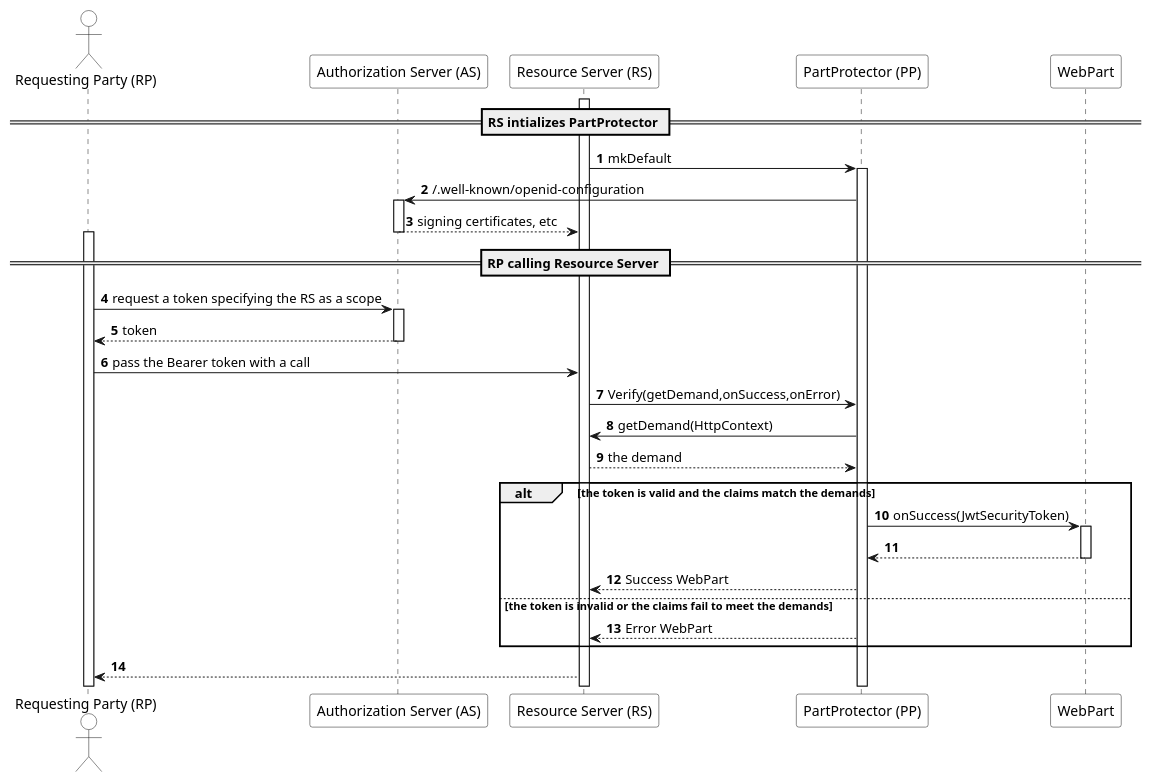
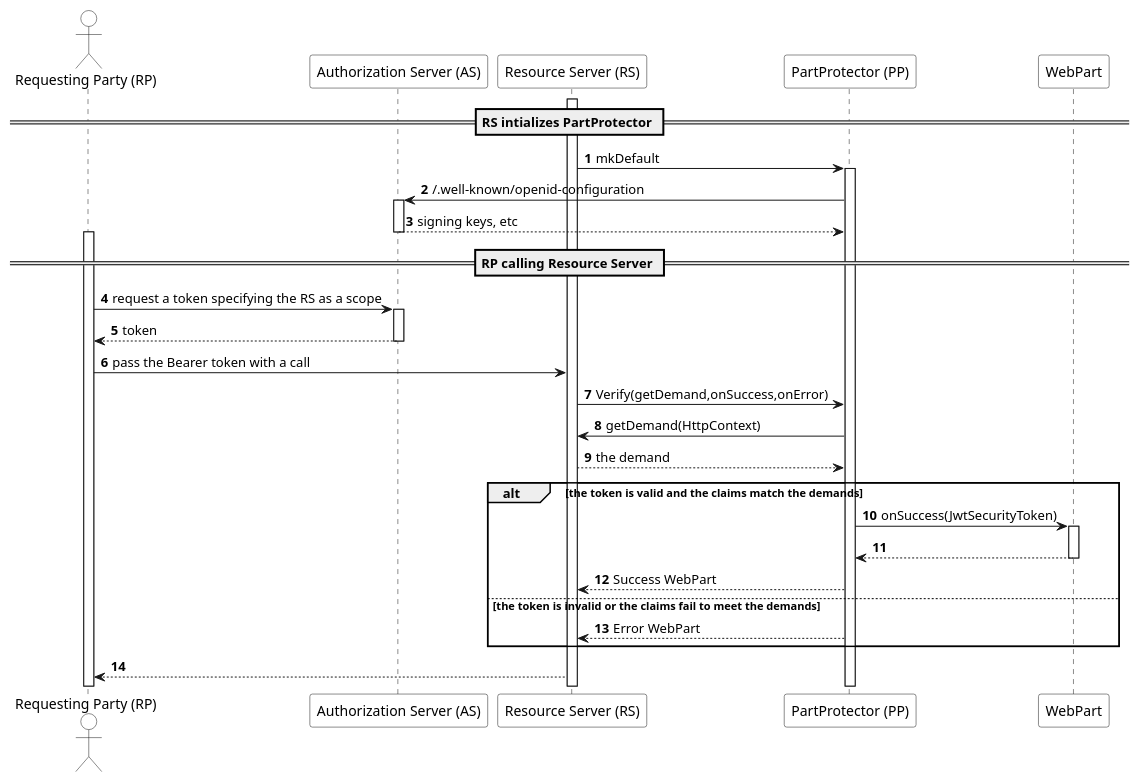
Before and after one commit to Azure/AAD.fs: the diagram in docs/content/flow.wsd, drawn with PlantUML. The commit also changed 1 other file, not shown here.

Commit message:
diagram fix

```diff
--- a/docs/content/flow.wsd
+++ b/docs/content/flow.wsd
@@ -1,38 +1,38 @@
 @startuml
 autonumber
 actor "Requesting Party (RP)" as RP #white
 participant "Authorization Server (AS)" as AS #white
 participant "Resource Server (RS)" as RS #white
 participant "PartProtector (PP)" as PP #white
 participant "WebPart" #white
 
 == RS intializes PartProtector ==
 activate RS 
 RS -> PP : mkDefault
 activate PP 
 PP -> AS : /.well-known/openid-configuration
 activate AS 
-AS --> RS : signing certificates, etc
+AS --> PP : signing keys, etc
 deactivate AS
 == RP calling Resource Server ==
 activate RP
 RP -> AS : request a token specifying the RS as a scope
 activate AS
 AS --> RP : token
 deactivate AS
 RP -> RS : pass the Bearer token with a call
 RS -> PP : Verify(getDemand,onSuccess,onError)
 PP -> RS : getDemand(HttpContext)
 RS --> PP : the demand
 alt the token is valid and the claims match the demands
 PP -> WebPart : onSuccess(JwtSecurityToken)
 activate WebPart
 WebPart --> PP 
 deactivate WebPart
 PP --> RS : Success WebPart 
 else the token is invalid or the claims fail to meet the demands
 PP --> RS : Error WebPart 
 end
 RS --> RP  
 
 @enduml
```
